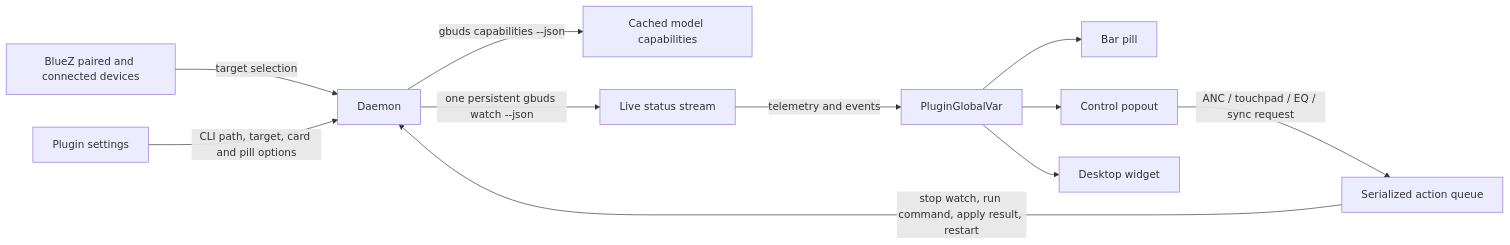
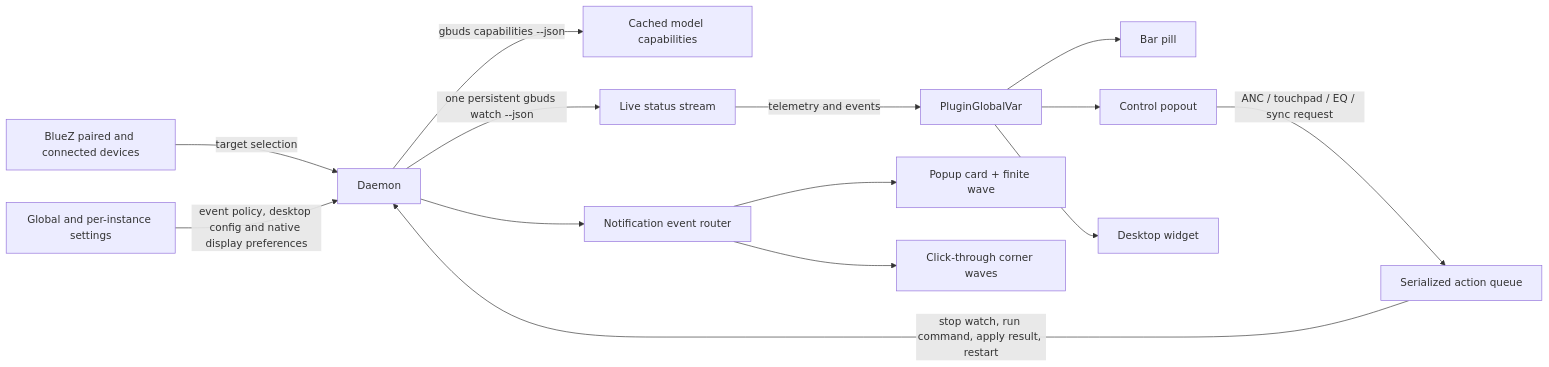
One commit to JessVolet/Gbuds-Widget changed the diagram in docs/ARCHITECTURE.md. Above: the diagram before and after it, drawn with Mermaid. The commit also changed other lines of this file and 42 other files, not shown here.

````diff
--- a/docs/ARCHITECTURE.md
+++ b/docs/ARCHITECTURE.md
@@ -5,13 +5,16 @@
 ```mermaid
 flowchart LR
     BlueZ[BlueZ paired and connected devices] -->|target selection| Daemon
     Daemon -->|gbuds capabilities --json| Metadata[Cached model capabilities]
     Daemon -->|one persistent gbuds watch --json| Watch[Live status stream]
     Watch -->|telemetry and events| State[PluginGlobalVar]
     State --> Pill[Bar pill]
     State --> Panel[Control popout]
     State --> Desktop[Desktop widget]
+    Daemon --> Router[Notification event router]
+    Router --> Popup[Popup card + finite wave]
+    Router --> Waveup[Click-through corner waves]
     Panel -->|ANC / touchpad / EQ / sync request| Queue[Serialized action queue]
     Queue -->|stop watch, run command, apply result, restart| Daemon
-    Settings[Plugin settings] -->|CLI path, target, card and pill options| Daemon
+    Settings[Global and per-instance settings] -->|event policy, desktop config and native display preferences| Daemon
 ```
````
